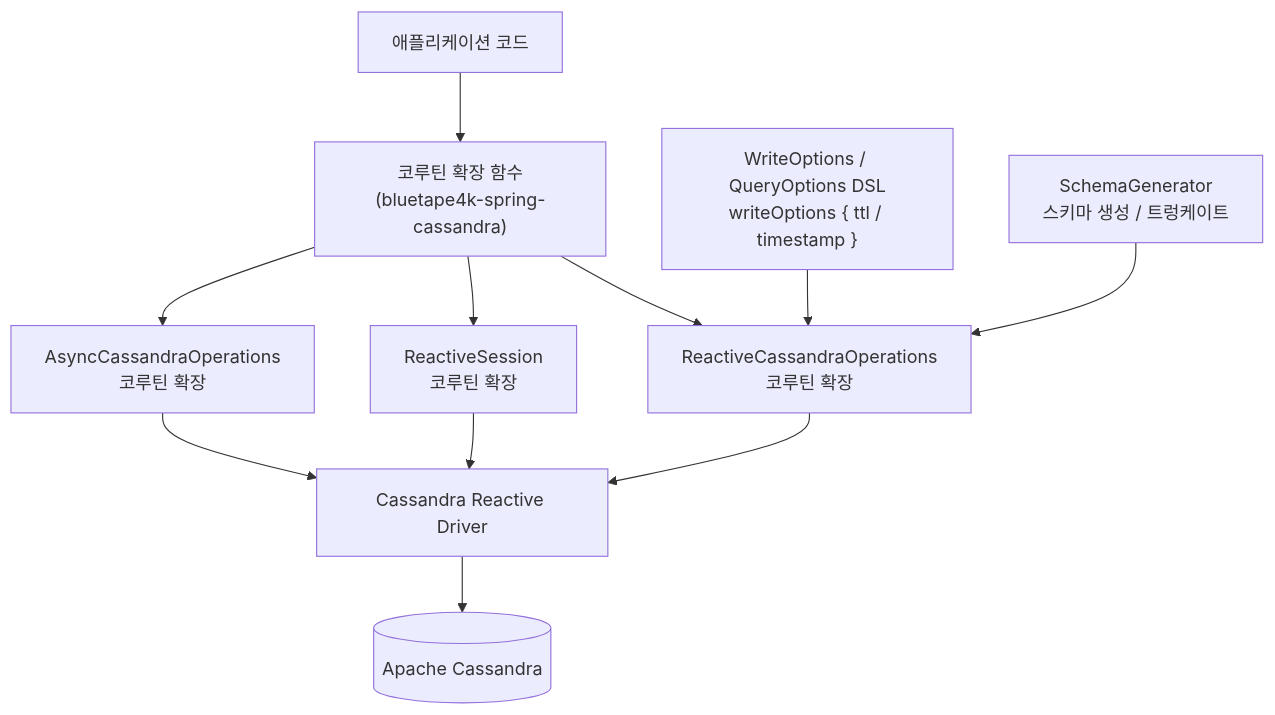
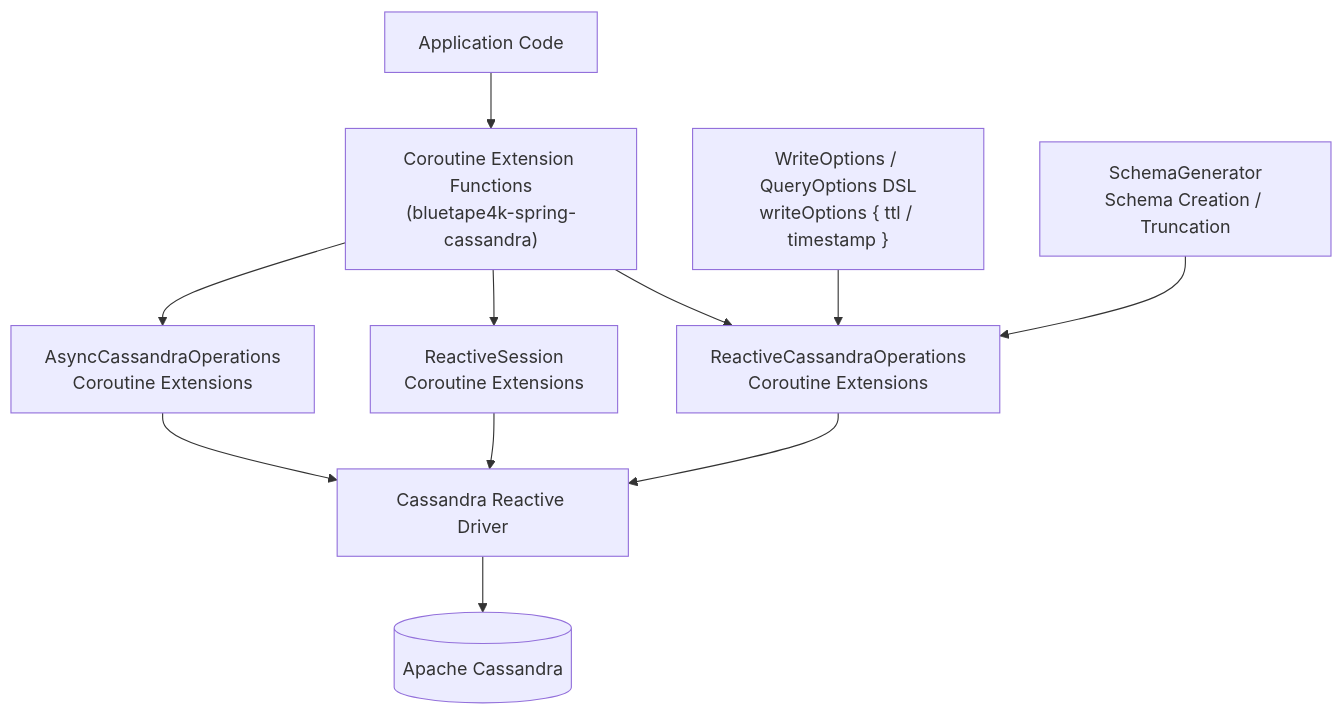
The second of 3 diagrams in spring-boot3/cassandra/README.md (bluetape4k/bluetape4k-projects), drawn with Mermaid before and after one commit. The commit also changed other lines of this file and 265 other files, not shown here.

````diff
--- a/spring-boot3/cassandra/README.md
+++ b/spring-boot3/cassandra/README.md
@@ -77,13 +79,13 @@
 ```mermaid
 flowchart TD
-    App["애플리케이션 코드"] --> Ext["코루틴 확장 함수<br/>(bluetape4k-spring-cassandra)"]
-    Ext --> ROps["ReactiveCassandraOperations<br/>코루틴 확장"]
-    Ext --> RSession["ReactiveSession<br/>코루틴 확장"]
-    Ext --> AOps["AsyncCassandraOperations<br/>코루틴 확장"]
+    App["Application Code"] --> Ext["Coroutine Extension Functions<br/>(bluetape4k-spring-cassandra)"]
+    Ext --> ROps["ReactiveCassandraOperations<br/>Coroutine Extensions"]
+    Ext --> RSession["ReactiveSession<br/>Coroutine Extensions"]
+    Ext --> AOps["AsyncCassandraOperations<br/>Coroutine Extensions"]
     DSL["WriteOptions / QueryOptions DSL<br/>writeOptions { ttl / timestamp }"] --> ROps
     ROps --> Driver["Cassandra Reactive Driver"]
     RSession --> Driver
     AOps --> Driver
     Driver --> Cassandra[("Apache Cassandra")]
-    SchemaGen["SchemaGenerator<br/>스키마 생성 / 트렁케이트"] --> ROps
+    SchemaGen["SchemaGenerator<br/>Schema Creation / Truncation"] --> ROps
 ```
````
